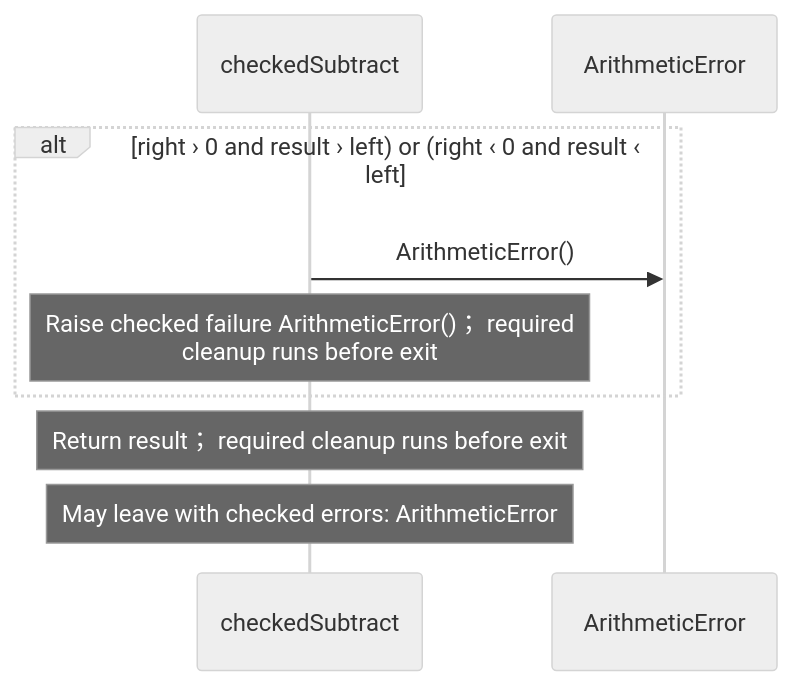
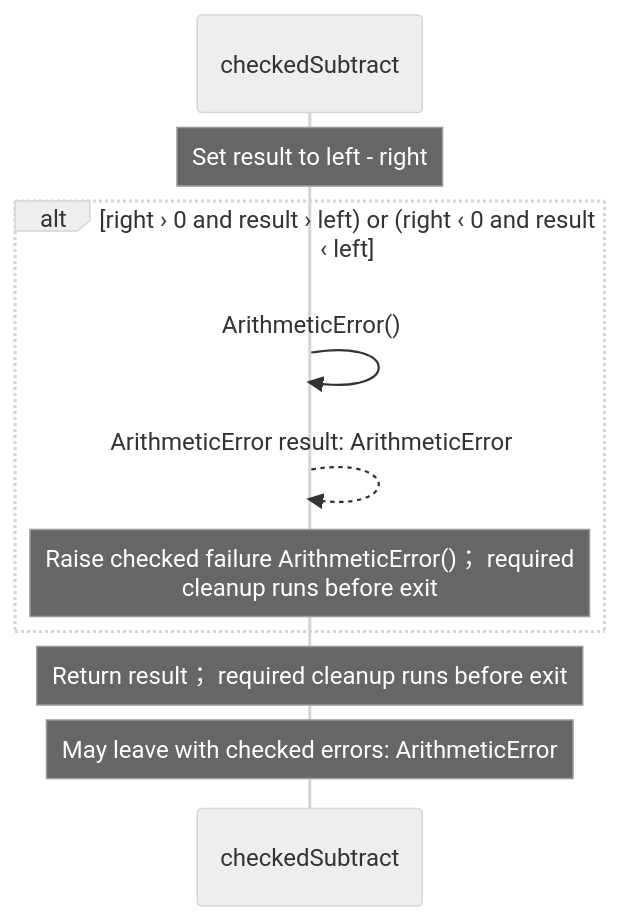
Before and after one commit to GreenPandaStudios/augscript: the second of 7 diagrams in src/stdlib/math/integers.aug.diagrams.md, drawn with Mermaid (neutral theme). The commit also changed other lines of this file and 304 other files, not shown here.

Commit message:
Make generated data-flow sequences concise and review every diagram

````diff
--- a/src/stdlib/math/integers.aug.diagrams.md
+++ b/src/stdlib/math/integers.aug.diagrams.md
@@ -51,11 +38,13 @@
 ```mermaid
 sequenceDiagram
     participant p0 as checkedSubtract
-    participant p1 as ArithmeticError
+
+    Note over p0: Set result to left - right
     alt right › 0 and result › left) or (right ‹ 0 and result ‹ left
-    p0->>p1: ArithmeticError()
+    p0->>p0: ArithmeticError()
+    p0-->>p0: ArithmeticError result: ArithmeticError
     Note over p0: Raise checked failure ArithmeticError()； required<br/>cleanup runs before exit
     end
     Note over p0: Return result； required cleanup runs before exit
     Note over p0: May leave with checked errors: ArithmeticError
 ```
````
